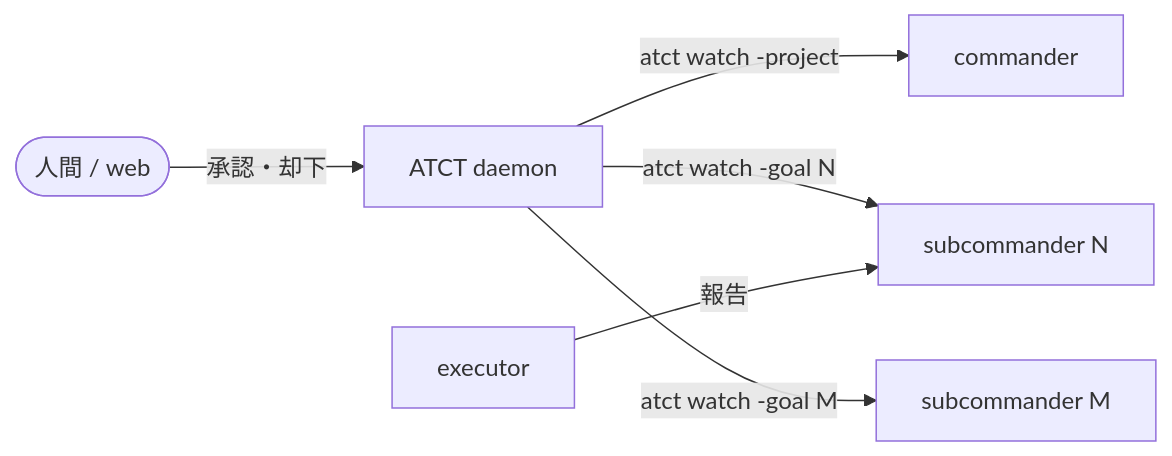
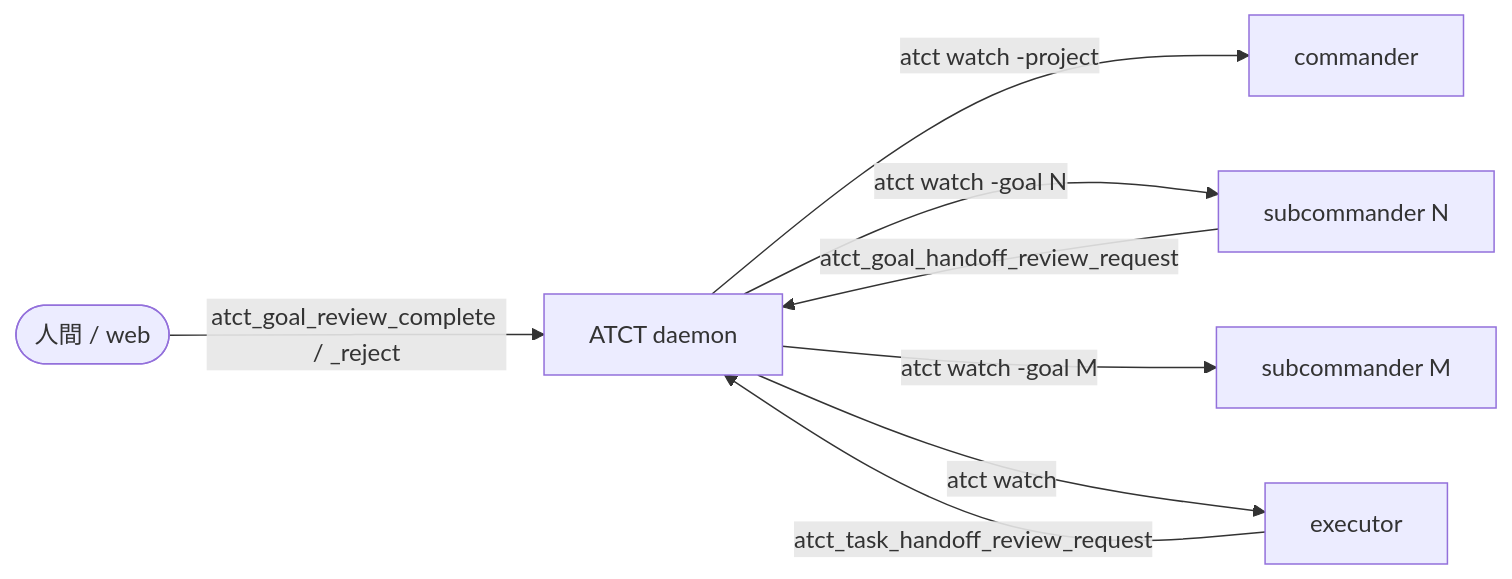
Before and after one commit to michiomochi/atct: the second of 2 diagrams in doc/execution-flow.md, drawn with Mermaid. The commit also changed other lines of this file, not shown here.

````diff
--- a/doc/execution-flow.md
+++ b/doc/execution-flow.md
@@ -538,8 +547,10 @@
 ```mermaid
 flowchart LR
     A[ATCT daemon] -->|atct watch -project| C[commander]
     A -->|atct watch -goal N| S1[subcommander N]
     A -->|atct watch -goal M| S2[subcommander M]
-    H([人間 / web]) -->|承認・却下| A
-    E[executor] -->|報告| S1
+    A -->|atct watch| E[executor]
+    H([人間 / web]) -->|"atct_goal_review_complete / _reject"| A
+    E -->|"atct_task_handoff_review_request"| A
+    S1 -->|"atct_goal_handoff_review_request"| A
 ```
````
